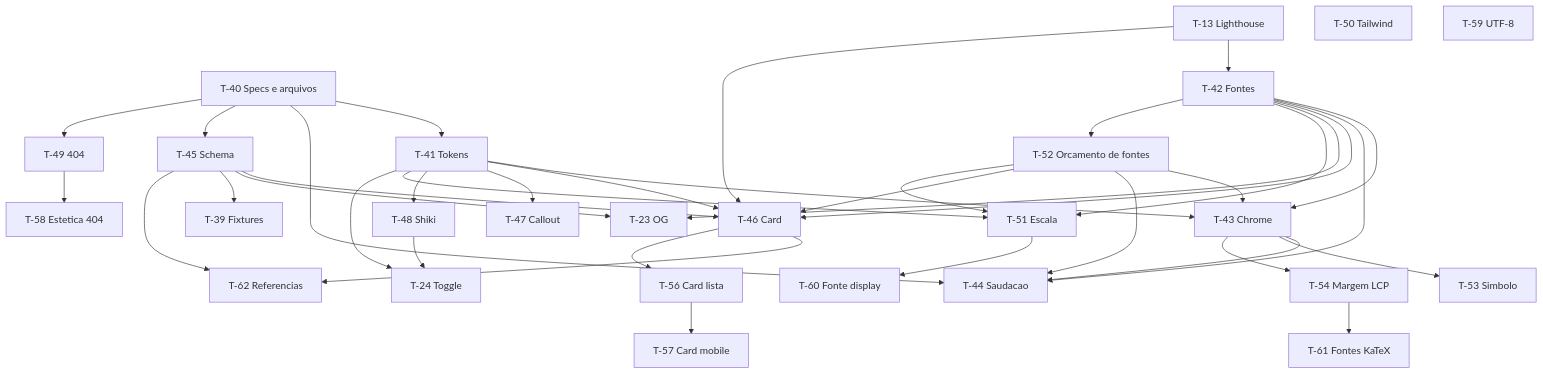
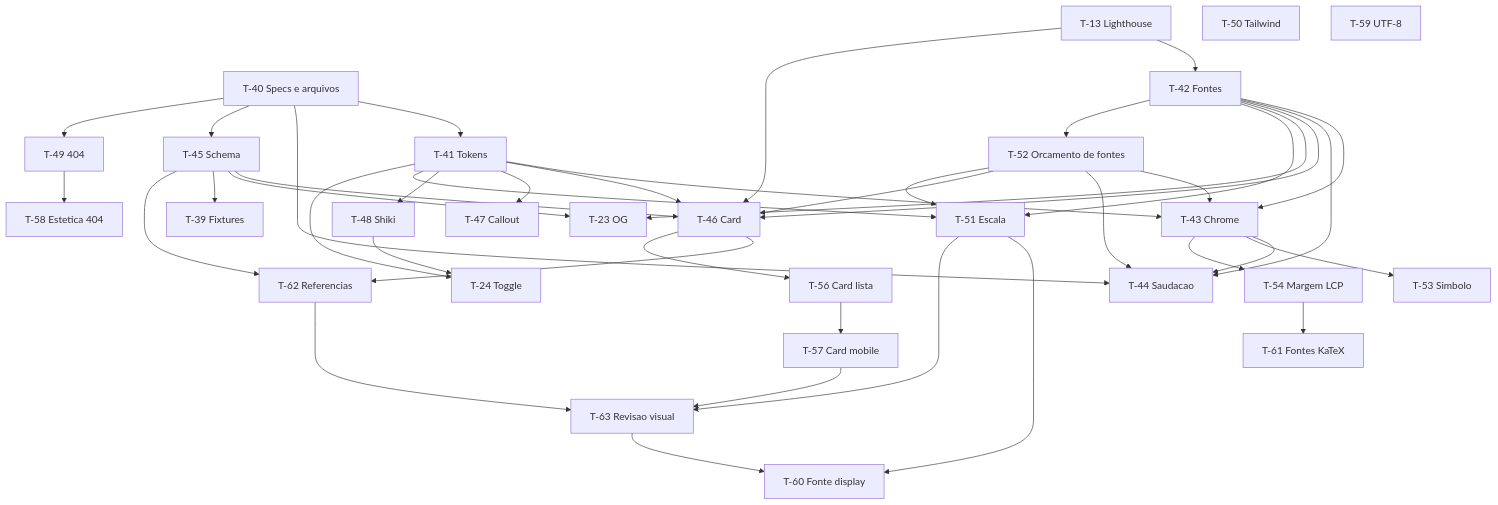
One commit to Pedroknoll/blog_pedro-knoll changed the second of 2 diagrams in specs/ROADMAP.md. Above: the diagram before and after it, drawn with Mermaid. The commit also changed other lines of this file, not shown here.

Commit message:
T-63 — registro: cria a T-63 e põe a T-60 depois dela [BRAND §5] (#39)

````diff
--- a/specs/ROADMAP.md
+++ b/specs/ROADMAP.md
@@ -86,65 +86,70 @@
 ```mermaid
 flowchart TD
   T40[T-40 Specs e arquivos]
   T41[T-41 Tokens]
   T13[T-13 Lighthouse]
   T42[T-42 Fontes]
   T51[T-51 Escala]
   T52[T-52 Orcamento de fontes]
   T43[T-43 Chrome]
   T44[T-44 Saudacao]
   T45[T-45 Schema]
   T46[T-46 Card]
   T47[T-47 Callout]
   T48[T-48 Shiki]
   T49[T-49 404]
   T50[T-50 Tailwind]
   T23[T-23 OG]
   T24[T-24 Toggle]
   T39[T-39 Fixtures]
   T53[T-53 Simbolo]
   T54[T-54 Margem LCP]
   T62[T-62 Referencias]
   T56[T-56 Card lista]
   T57[T-57 Card mobile]
   T58[T-58 Estetica 404]
   T59[T-59 UTF-8]
   T60[T-60 Fonte display]
   T61[T-61 Fontes KaTeX]
+  T63[T-63 Revisao visual]
   T40 --> T41
   T40 --> T44
   T40 --> T45
   T40 --> T49
   T13 --> T42
   T41 --> T43
   T42 --> T43
   T43 --> T44
   T42 --> T44
   T13 --> T46
   T41 --> T46
   T42 --> T46
   T45 --> T46
   T41 --> T47
   T41 --> T48
   T45 --> T23
   T42 --> T23
   T42 --> T51
   T41 --> T51
   T42 --> T52
   T52 --> T43
   T52 --> T44
   T52 --> T46
   T52 --> T51
   T45 --> T39
   T41 --> T24
   T48 --> T24
   T43 --> T53
   T43 --> T54
   T45 --> T62
   T46 --> T62
   T46 --> T56
   T56 --> T57
   T49 --> T58
   T51 --> T60
   T54 --> T61
+  T51 --> T63
+  T57 --> T63
+  T62 --> T63
+  T63 --> T60
 ```
````
